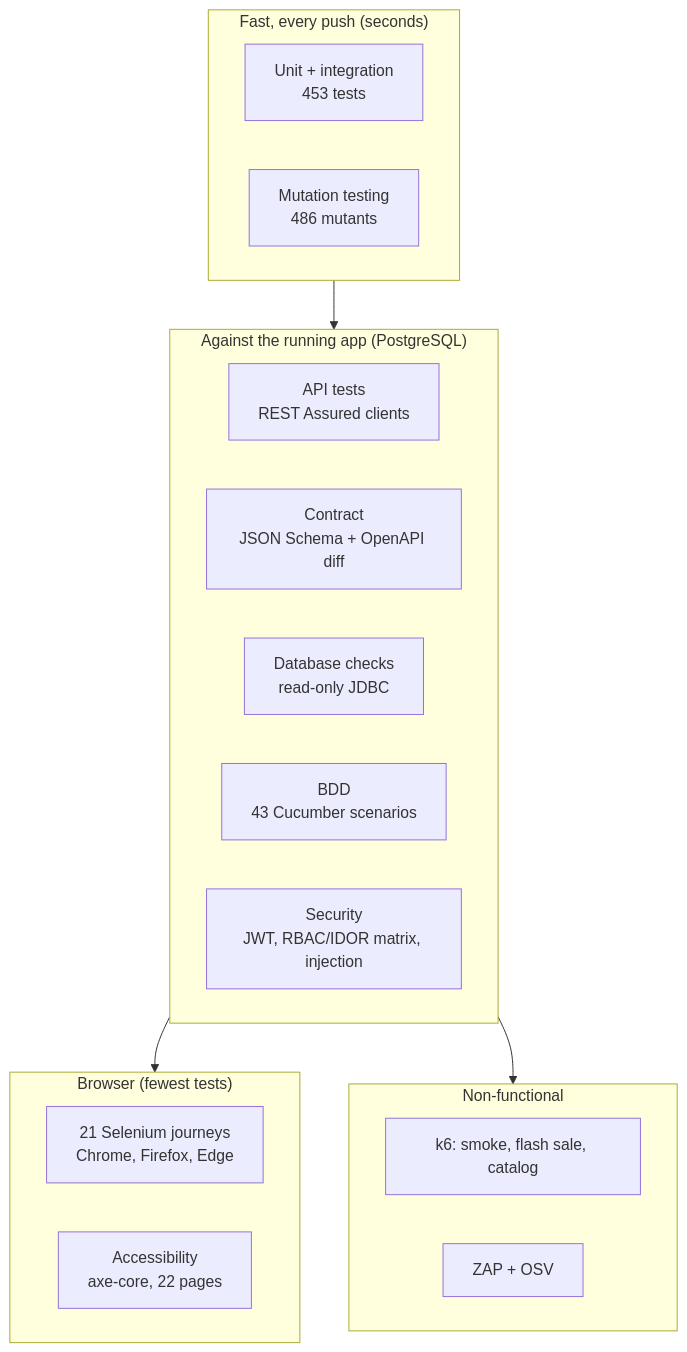
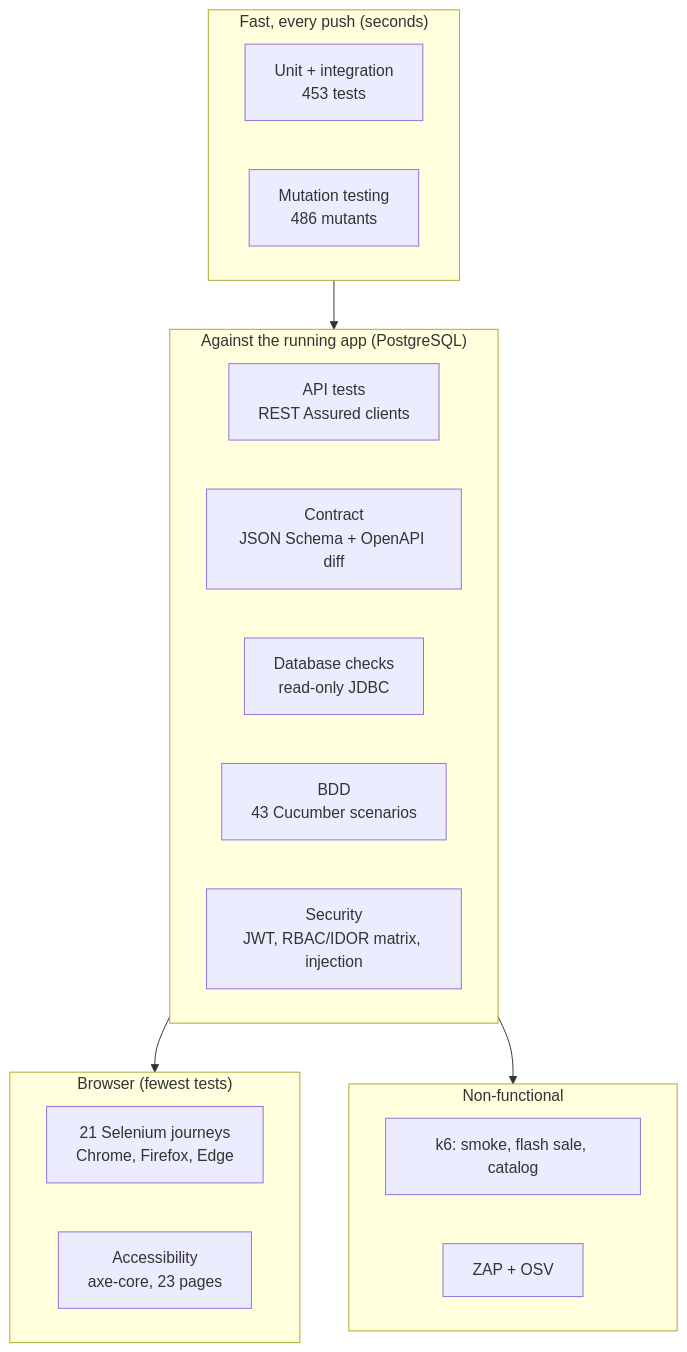
One commit to rbchy/RbcTcsWorld changed the first of 2 diagrams in README.md. Above: the diagram before and after it, drawn with Mermaid. The commit also changed other lines of this file, not shown here.

First line of the commit message:
README: multi-warehouse inventory and new numbers (1213 tests, 109 requirements, 23 pages)

````diff
--- a/README.md
+++ b/README.md
@@ -78,24 +78,24 @@
 ```mermaid
 flowchart TB
   subgraph fast["Fast, every push (seconds)"]
     U["Unit + integration<br/>453 tests"]
     M["Mutation testing<br/>486 mutants"]
   end
   subgraph service["Against the running app (PostgreSQL)"]
     A["API tests<br/>REST Assured clients"]
     C["Contract<br/>JSON Schema + OpenAPI diff"]
     D["Database checks<br/>read-only JDBC"]
     B["BDD<br/>43 Cucumber scenarios"]
     S["Security<br/>JWT, RBAC/IDOR matrix, injection"]
   end
   subgraph ui["Browser (fewest tests)"]
     W["21 Selenium journeys<br/>Chrome, Firefox, Edge"]
-    X["Accessibility<br/>axe-core, 22 pages"]
+    X["Accessibility<br/>axe-core, 23 pages"]
   end
   subgraph nonfunc["Non-functional"]
     K["k6: smoke, flash sale, catalog"]
     Z["ZAP + OSV"]
   end
   fast --> service --> ui
   service --> nonfunc
 ```
````
